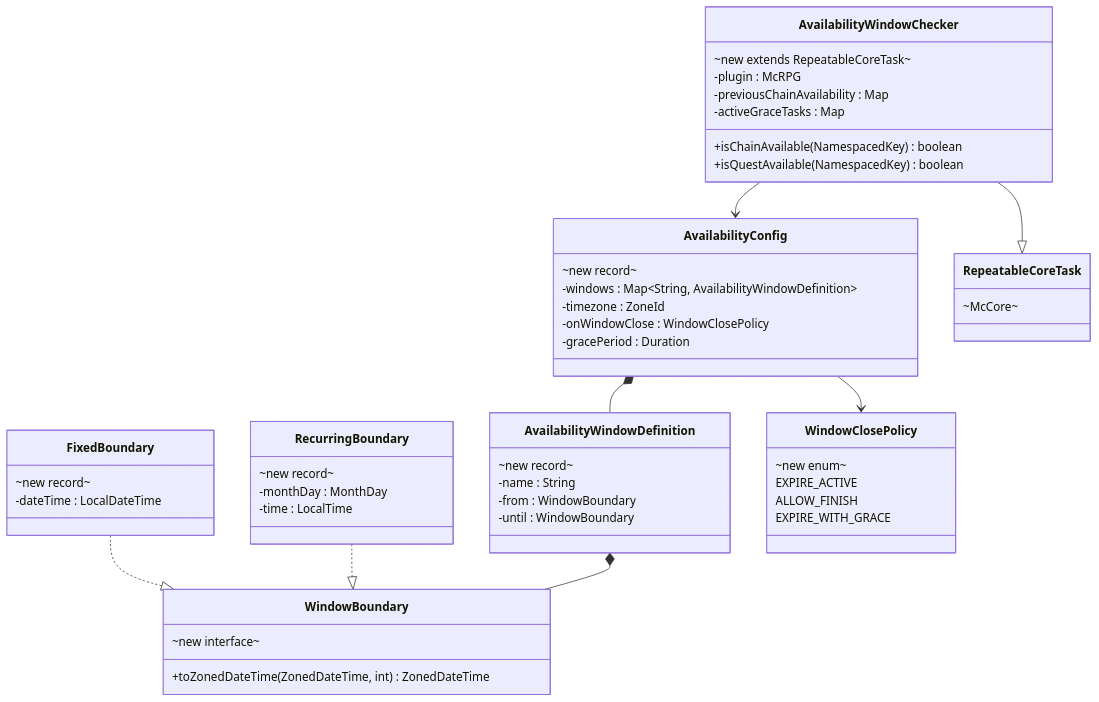
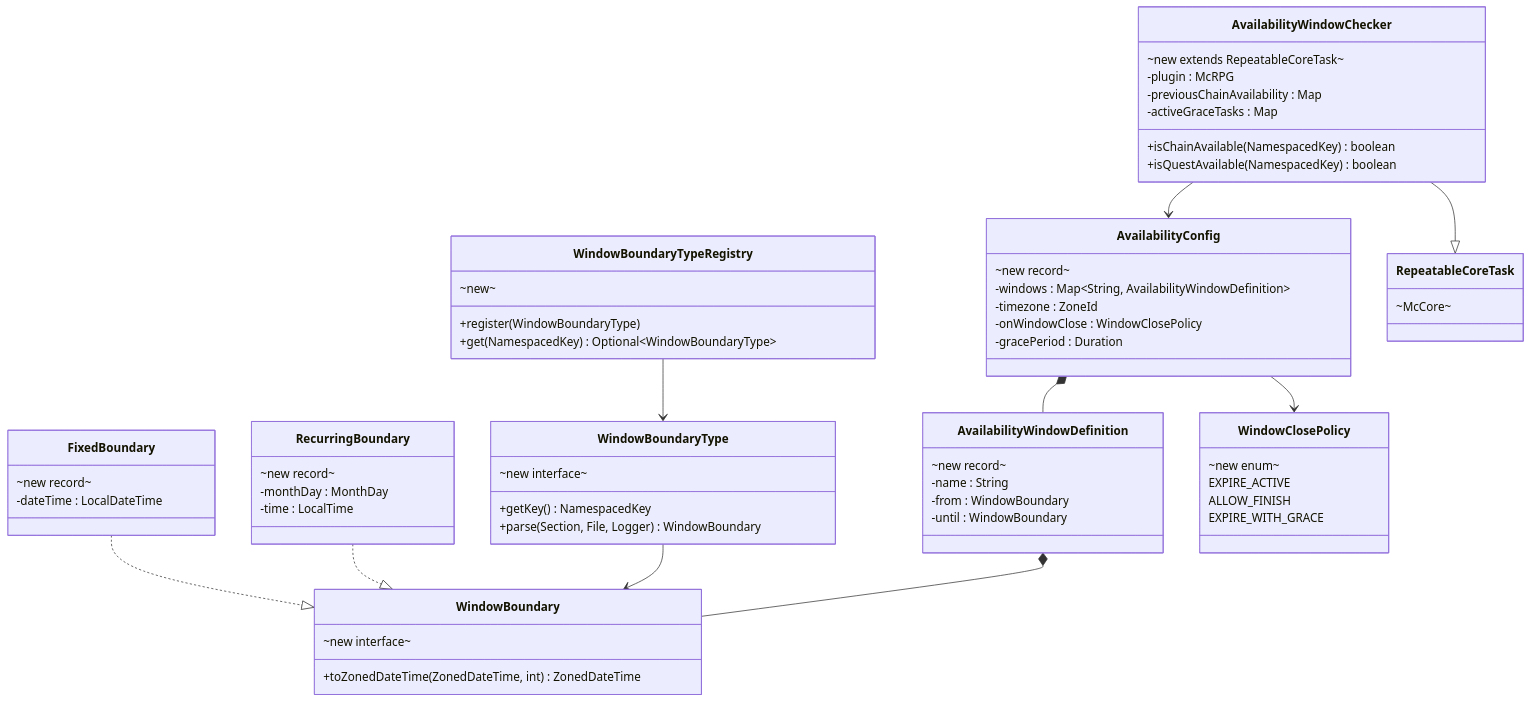
One commit to DiamondDagger590/McRPG changed the second of 3 diagrams in docs/lld/tutorial-quest-system/phase-4-chain-system-backlog.md. Above: the diagram before and after it, drawn with Mermaid. The commit also changed other lines of this file, not shown here.

First line of the commit message:
Add WindowBoundaryType registry and ItemBuilder-based preview

````diff
--- a/docs/lld/tutorial-quest-system/phase-4-chain-system-backlog.md
+++ b/docs/lld/tutorial-quest-system/phase-4-chain-system-backlog.md
@@ -673,63 +673,77 @@
 ```mermaid
 classDiagram
     direction TB
 
     class WindowBoundary {
         ~new interface~
         +toZonedDateTime(ZonedDateTime, int) ZonedDateTime
+    }
+
+    class WindowBoundaryType {
+        ~new interface~
+        +getKey() NamespacedKey
+        +parse(Section, File, Logger) WindowBoundary
+    }
+
+    class WindowBoundaryTypeRegistry {
+        ~new~
+        +register(WindowBoundaryType)
+        +get(NamespacedKey) Optional~WindowBoundaryType~
     }
 
     class FixedBoundary {
         ~new record~
         -dateTime : LocalDateTime
     }
 
     class RecurringBoundary {
         ~new record~
         -monthDay : MonthDay
         -time : LocalTime
     }
 
     class AvailabilityWindowDefinition {
         ~new record~
         -name : String
         -from : WindowBoundary
         -until : WindowBoundary
     }
 
     class AvailabilityConfig {
         ~new record~
         -windows : Map~String, AvailabilityWindowDefinition~
         -timezone : ZoneId
         -onWindowClose : WindowClosePolicy
         -gracePeriod : Duration
     }
 
     class WindowClosePolicy {
         ~new enum~
         EXPIRE_ACTIVE
         ALLOW_FINISH
         EXPIRE_WITH_GRACE
     }
 
     class RepeatableCoreTask {
         ~McCore~
     }
 
     class AvailabilityWindowChecker {
         ~new extends RepeatableCoreTask~
         -plugin : McRPG
         -previousChainAvailability : Map
         -activeGraceTasks : Map
         +isChainAvailable(NamespacedKey) boolean
         +isQuestAvailable(NamespacedKey) boolean
     }
 
     FixedBoundary ..|> WindowBoundary
     RecurringBoundary ..|> WindowBoundary
+    WindowBoundaryType --> WindowBoundary
+    WindowBoundaryTypeRegistry --> WindowBoundaryType
     AvailabilityWindowDefinition *-- WindowBoundary
     AvailabilityConfig *-- AvailabilityWindowDefinition
     AvailabilityConfig --> WindowClosePolicy
     AvailabilityWindowChecker --> AvailabilityConfig
     AvailabilityWindowChecker --|> RepeatableCoreTask
 ```
````
